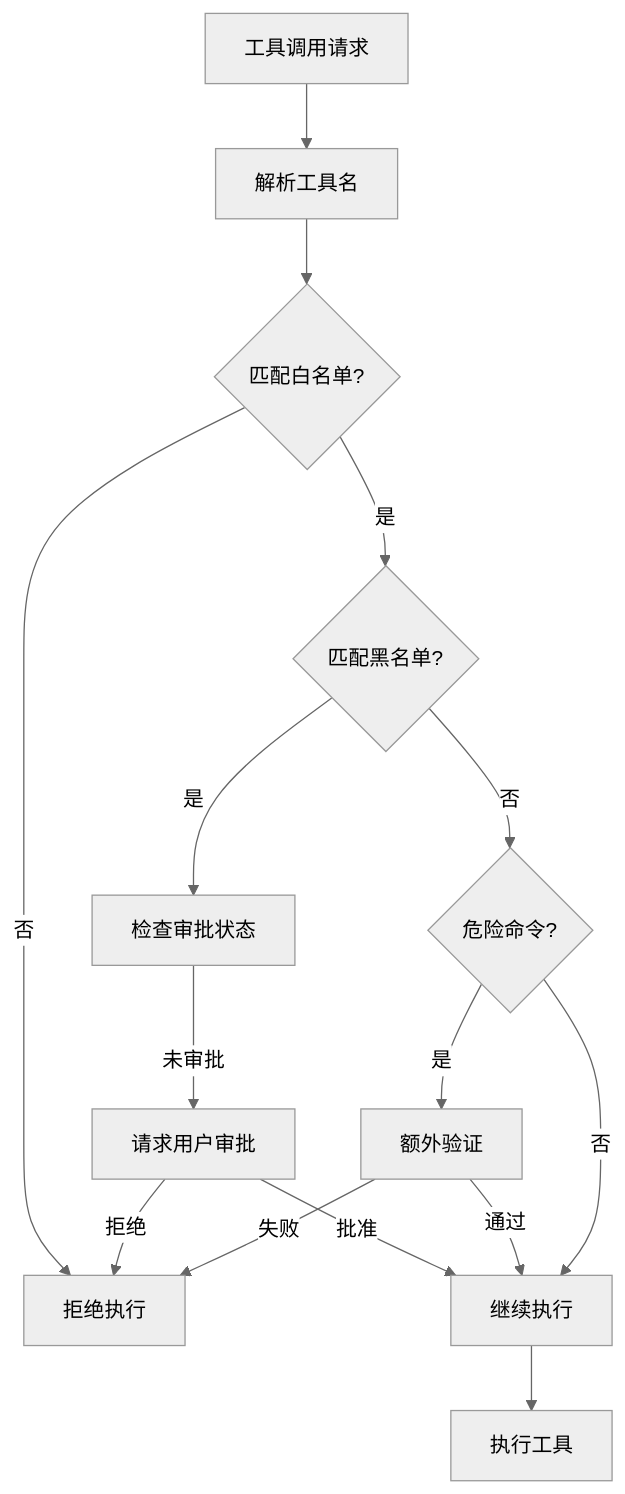
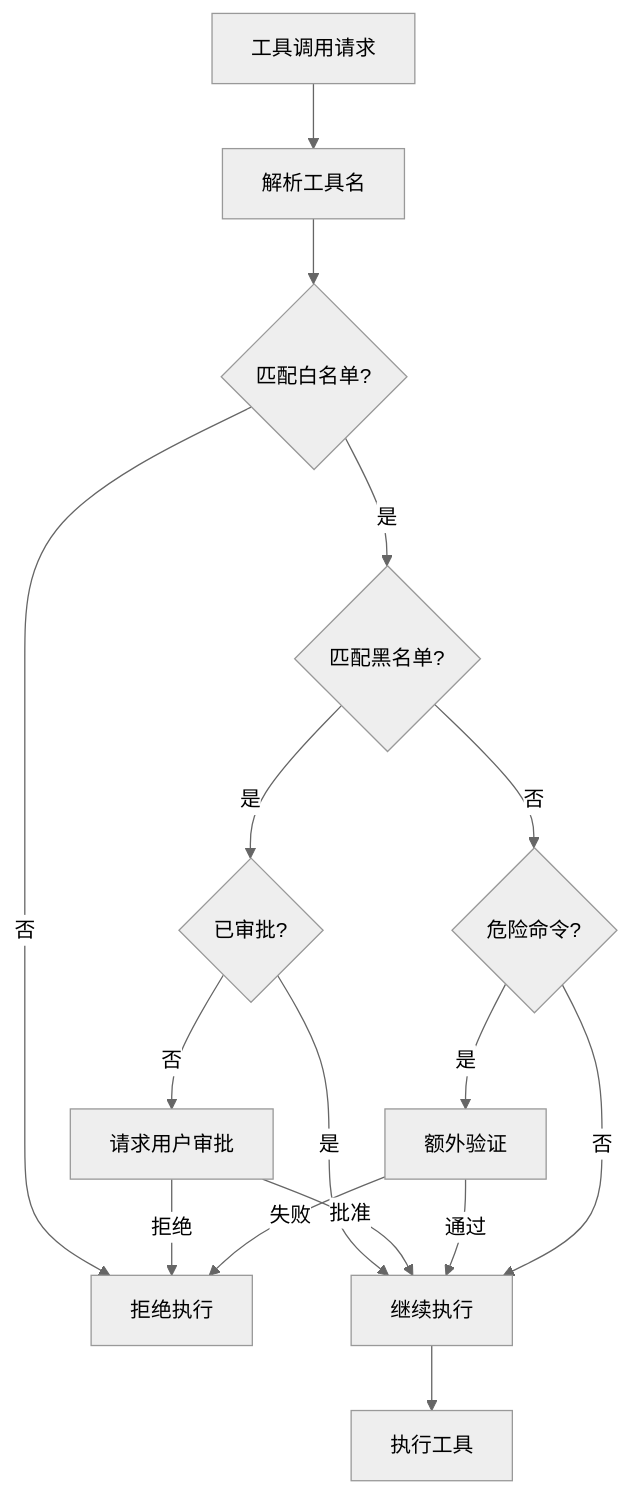
Diagram 11 of 19 in openclaw/FAQ.md (caicongyang/bloger), drawn with Mermaid (neutral theme) before and after one commit. The commit also changed other lines of this file and 13 other files, not shown here.

````diff
--- a/openclaw/FAQ.md
+++ b/openclaw/FAQ.md
@@ -786,17 +580,18 @@
 ```mermaid
 flowchart TD
     A[工具调用请求] --> B[解析工具名]
     B --> C{匹配白名单?}
     C -->|否| D[拒绝执行]
     C -->|是| E{匹配黑名单?}
-    E -->|是| F[检查审批状态]
-    F -->|未审批| G[请求用户审批]
-    G -->|批准| H[继续执行]
+    E -->|是| F{已审批?}
+    F -->|否| G[请求用户审批]
+    F -->|是| H[继续执行]
+    G -->|批准| H
     G -->|拒绝| D
     E -->|否| I{危险命令?}
     I -->|是| J[额外验证]
     J -->|通过| H
     J -->|失败| D
     I -->|否| H
     H --> K[执行工具]
 ```
````
